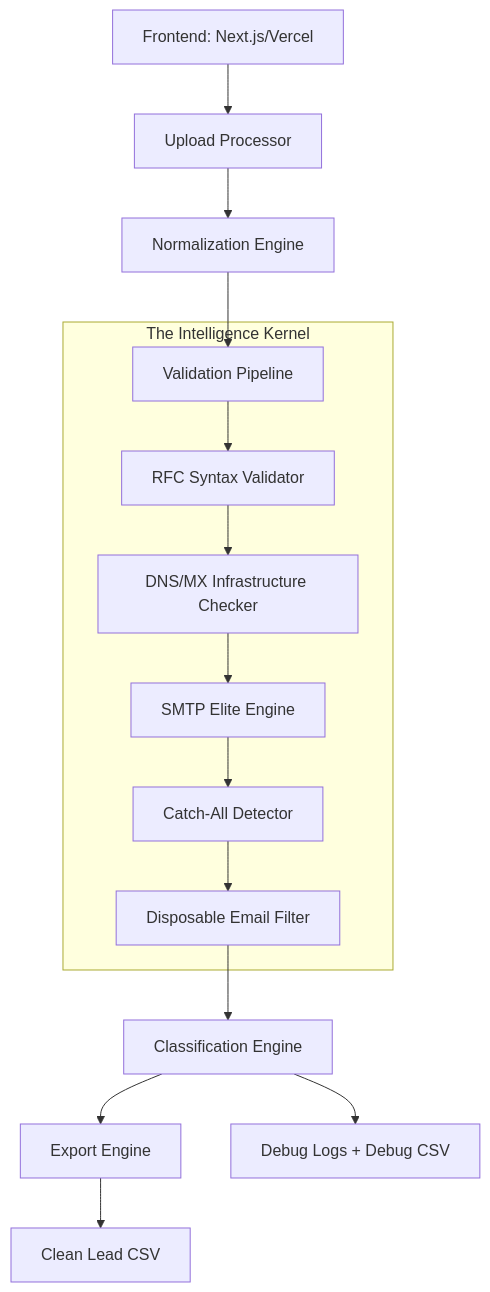
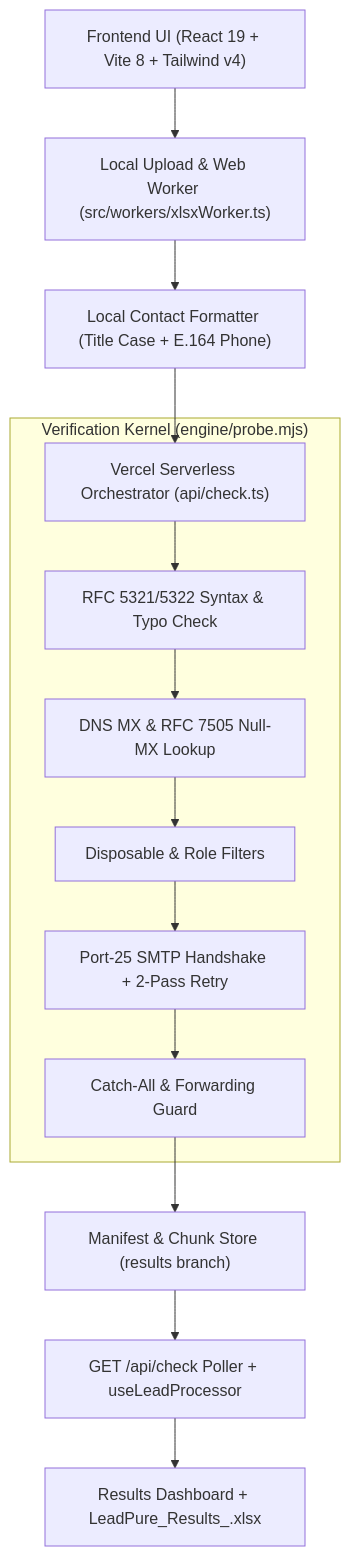
Before and after one commit to ossamamehmood/LeadPure-AI: the diagram in agents/architecture.md, drawn with Mermaid. The commit also changed other lines of this file and 12 other files, not shown here.

Commit message:
Modernize repository markdown documentation and align specs with production architecture

````diff
--- a/agents/architecture.md
+++ b/agents/architecture.md
@@ -6,19 +10,18 @@
 ```mermaid
 graph TD
-    A[Frontend: Next.js/Vercel] --> B[Upload Processor]
-    B --> C[Normalization Engine]
-    C --> D[Validation Pipeline]
-    
-    subgraph "The Intelligence Kernel"
-    D --> D1[RFC Syntax Validator]
-    D1 --> D2[DNS/MX Infrastructure Checker]
-    D2 --> D3[SMTP Elite Engine]
-    D3 --> D4[Catch-All Detector]
-    D4 --> D5[Disposable Email Filter]
+    A["Frontend UI (React 19 + Vite 8 + Tailwind v4)"] --> B["Local Upload & Web Worker (src/workers/xlsxWorker.ts)"]
+    B --> C["Local Contact Formatter (Title Case + E.164 Phone)"]
+    C --> D["Vercel Serverless Orchestrator (api/check.ts)"]
+
+    subgraph "Verification Kernel (engine/probe.mjs)"
+        D --> D1["RFC 5321/5322 Syntax & Typo Check"]
+        D1 --> D2["DNS MX & RFC 7505 Null-MX Lookup"]
+        D2 --> D3["Disposable & Role Filters"]
+        D3 --> D4["Port-25 SMTP Handshake + 2-Pass Retry"]
+        D4 --> D5["Catch-All & Forwarding Guard"]
     end
-    
-    D5 --> E[Classification Engine]
-    E --> F[Export Engine]
-    F --> G[Clean Lead CSV]
-    E --> H[Debug Logs + Debug CSV]
+
+    D5 --> E["Manifest & Chunk Store (results branch)"]
+    E --> F["GET /api/check Poller + useLeadProcessor"]
+    F --> G["Results Dashboard + LeadPure_Results_<YYYY-MM-DD>.xlsx"]
 ```
````
